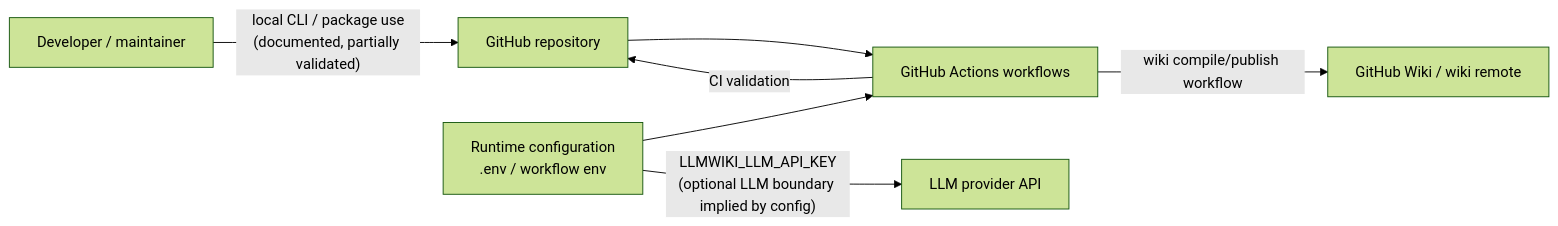
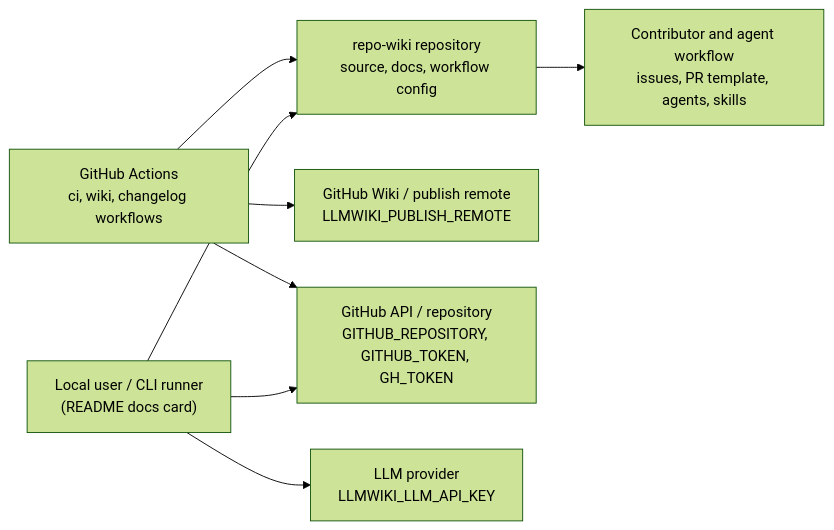
Before and after one commit to mfittko/repo-wiki: the first of 4 diagrams in Architecture.md, drawn with Mermaid (forest theme). The commit also changed other lines of this file and 43 other files, not shown here.

Commit message:
Compile repository wiki 2026-05-14T06:50:33.318Z

````diff
--- a/Architecture.md
+++ b/Architecture.md
@@ -37,16 +56,18 @@
 ```mermaid
 flowchart LR
-    User["Developer / maintainer"]
-    GitHubRepo["GitHub repository"]
-    GitHubActions["GitHub Actions workflows"]
-    Wiki["GitHub Wiki / wiki remote"]
-    LLM["LLM provider API"]
-    Env["Runtime configuration<br/>.env / workflow env"]
+  User["Local user / CLI runner<br/>(README docs card)"]
+  Actions["GitHub Actions<br/>ci, wiki, changelog workflows"]
+  Repo["repo-wiki repository<br/>source, docs, workflow config"]
+  Wiki["GitHub Wiki / publish remote<br/>LLMWIKI_PUBLISH_REMOTE"]
+  GitHub["GitHub API / repository<br/>GITHUB_REPOSITORY, GITHUB_TOKEN, GH_TOKEN"]
+  LLM["LLM provider<br/>LLMWIKI_LLM_API_KEY"]
+  Governance["Contributor and agent workflow<br/>issues, PR template, agents, skills"]
 
-    User -->|"local CLI / package use<br/>(documented, partially validated)"| GitHubRepo
-    GitHubRepo --> GitHubActions
-    GitHubActions -->|"CI validation"| GitHubRepo
-    GitHubActions -->|"wiki compile/publish workflow"| Wiki
-    Env --> GitHubActions
-    Env -->|"LLMWIKI_LLM_API_KEY<br/>(optional LLM boundary implied by config)"| LLM
+  User --> Repo
+  User --> GitHub
+  User --> LLM
+  Actions --> Repo
+  Actions --> GitHub
+  Actions --> Wiki
+  Repo --> Governance
 ```
````
